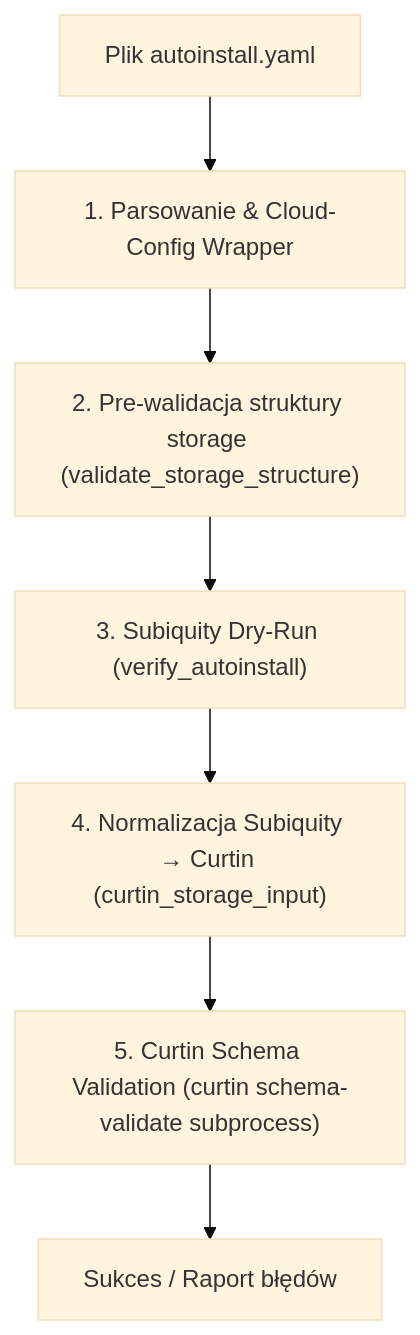
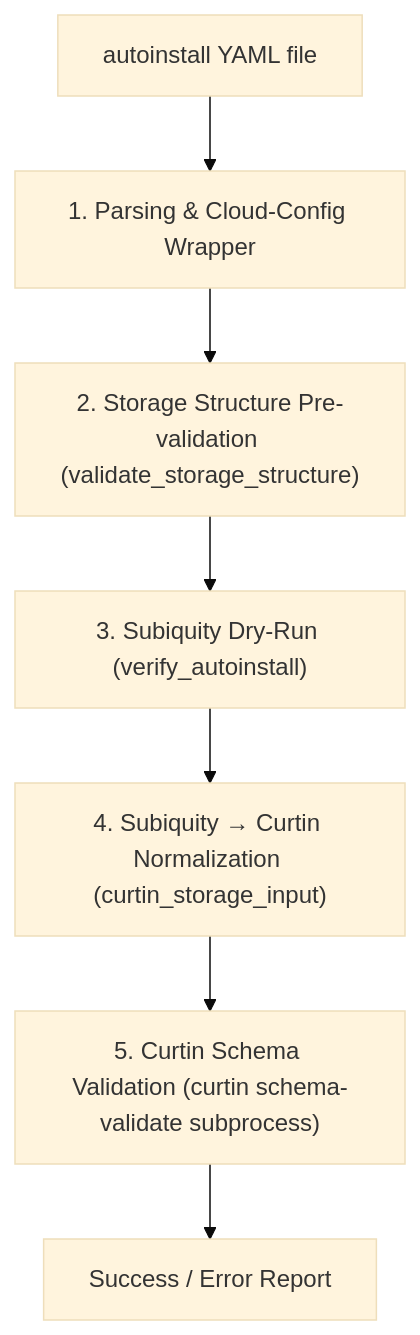
One commit to amichalowski/ubuntu-autoinstall-helper changed the diagram in README.md. Above: the diagram before and after it, drawn with Mermaid (base theme). The commit also changed other lines of this file and 1 other file, not shown here.

First line of the commit message:
docs: translate README to English, relocate invalid autoinstall config and add badge

````diff
--- a/README.md
+++ b/README.md
@@ -135,9 +144,9 @@
 ```mermaid
 flowchart TD
-    A["Plik autoinstall.yaml"] --> B["1. Parsowanie & Cloud-Config Wrapper"]
-    B --> C["2. Pre-walidacja struktury storage (validate_storage_structure)"]
+    A["autoinstall YAML file"] --> B["1. Parsing & Cloud-Config Wrapper"]
+    B --> C["2. Storage Structure Pre-validation (validate_storage_structure)"]
     C --> D["3. Subiquity Dry-Run (verify_autoinstall)"]
-    D --> E["4. Normalizacja Subiquity → Curtin (curtin_storage_input)"]
+    D --> E["4. Subiquity → Curtin Normalization (curtin_storage_input)"]
     E --> F["5. Curtin Schema Validation (curtin schema-validate subprocess)"]
-    F --> G["Sukces / Raport błędów"]
+    F --> G["Success / Error Report"]
 ```
````
